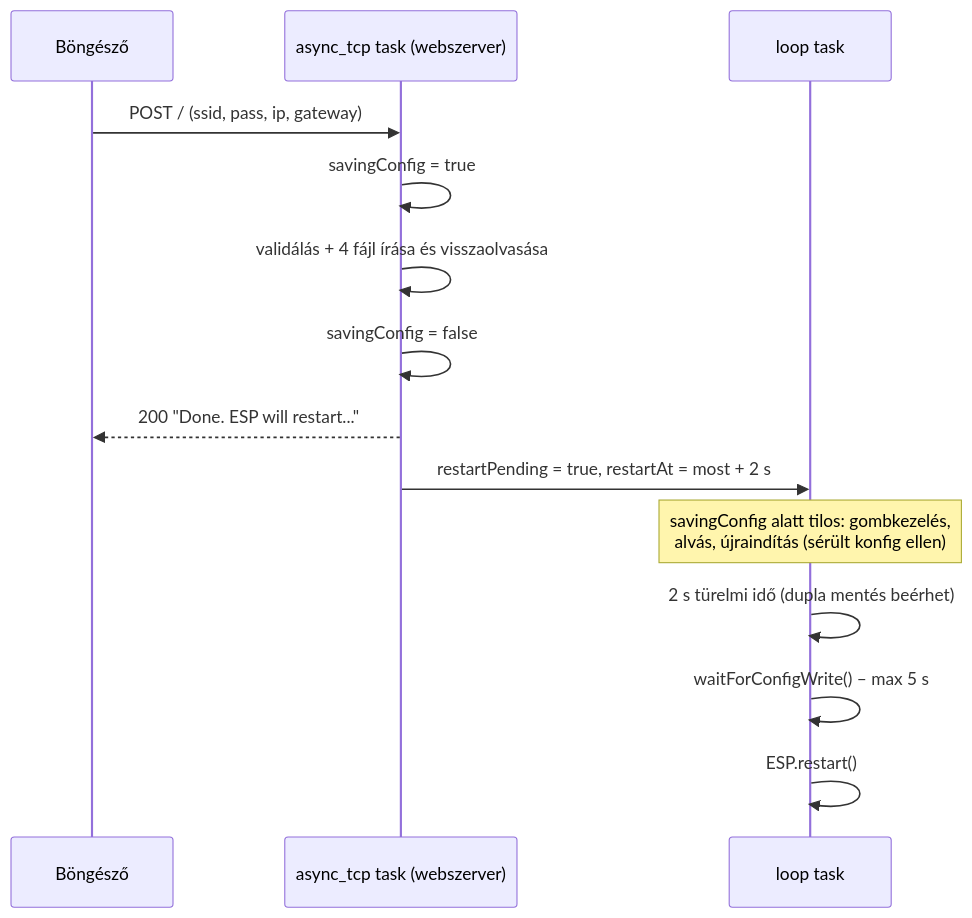
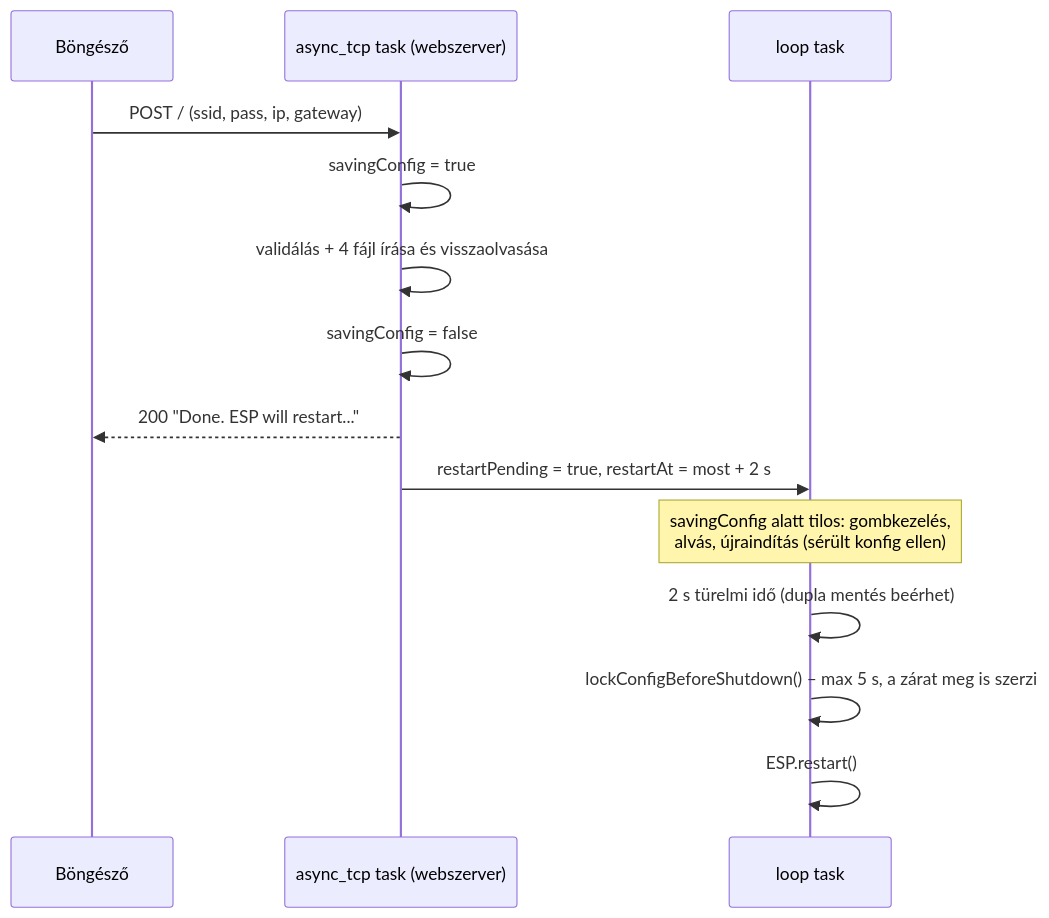
One commit to manszabi/bazsi-router-reboot changed the eighth of 9 diagrams in FOLYAMATABRA.md. Above: the diagram before and after it, drawn with Mermaid. The commit also changed other lines of this file and 5 other files, not shown here.

````diff
--- a/FOLYAMATABRA.md
+++ b/FOLYAMATABRA.md
@@ -230,16 +232,16 @@
 ```mermaid
 sequenceDiagram
     participant B as Böngésző
     participant W as async_tcp task (webszerver)
     participant L as loop task
     B->>W: POST / (ssid, pass, ip, gateway)
     W->>W: savingConfig = true
     W->>W: validálás + 4 fájl írása és visszaolvasása
     W->>W: savingConfig = false
     W-->>B: 200 "Done. ESP will restart..."
     W->>L: restartPending = true, restartAt = most + 2 s
     Note over L: savingConfig alatt tilos: gombkezelés,<br>alvás, újraindítás (sérült konfig ellen)
     L->>L: 2 s türelmi idő (dupla mentés beérhet)
-    L->>L: waitForConfigWrite() – max 5 s
+    L->>L: lockConfigBeforeShutdown() – max 5 s, a zárat meg is szerzi
     L->>L: ESP.restart()
 ```
````
